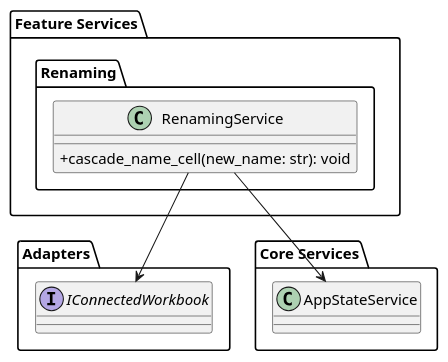
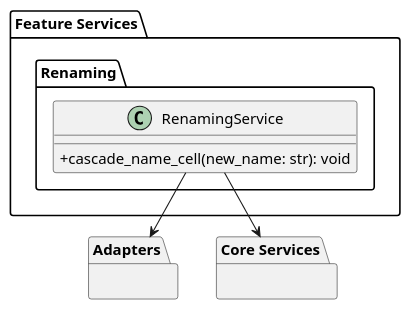
The diagram in diagrams/plantuml/architecture/class_diagram_services_renaming.puml (ByeByeExcel/SpreadsheetExplorer), drawn with PlantUML before and after one commit. The commit also changed 16 other files, not shown here.

Commit message:
* replaced [] with <> in diagrams * made public properties private where possible

```diff
--- a/diagrams/plantuml/architecture/class_diagram_services_renaming.puml
+++ b/diagrams/plantuml/architecture/class_diagram_services_renaming.puml
@@ -1,29 +1,26 @@
 @startuml
 skinparam classAttributeIconSize 0
 
 ' === FEATURE SERVICES PACKAGE ===
 
 package "Adapters" {
-    interface IConnectedWorkbook {
-    }
 }
 
 package "Feature Services" {
     package "Renaming" {
         class RenamingService {
             + cascade_name_cell(new_name: str): void
         }
     }
 }
 
 ' === CORE SERVICES ===
 package "Core Services" {
-    class AppStateService
 }
 
 
 ' === DEPENDENCIES ===
-RenamingService --> AppStateService
-RenamingService --> IConnectedWorkbook
+RenamingService --> "Core Services"
+RenamingService --> "Adapters"
 
 @enduml
```
